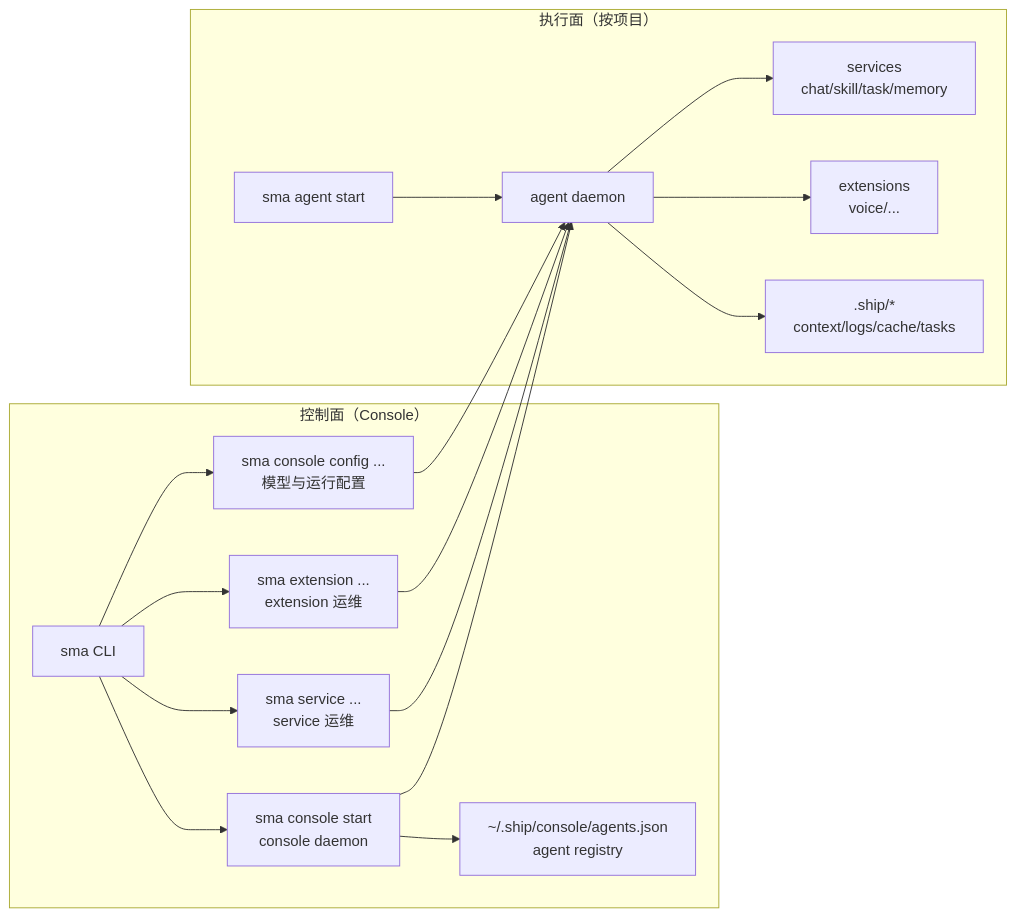
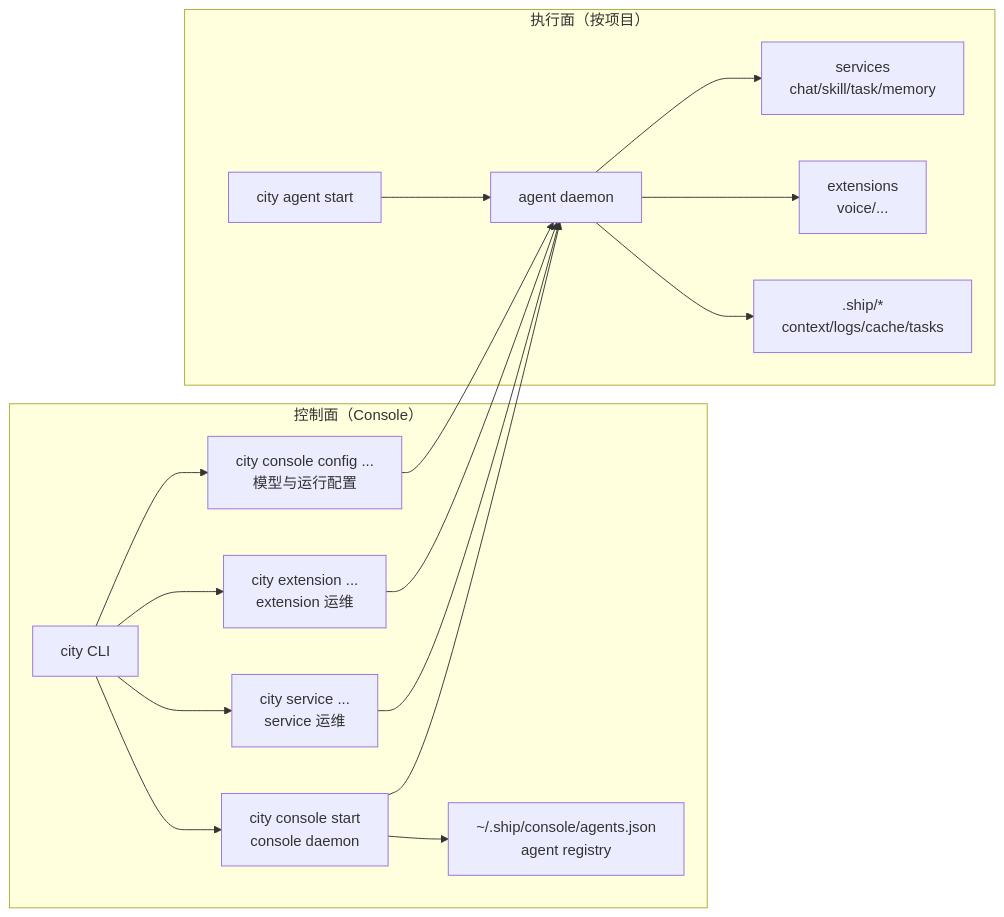
The first of 2 diagrams in homepage/content/docs/zh/concepts/logic-map.mdx (wangenius/downcity), drawn with Mermaid before and after one commit. The commit also changed other lines of this file and 293 other files, not shown here.

````diff
--- a/homepage/content/docs/zh/concepts/logic-map.mdx
+++ b/homepage/content/docs/zh/concepts/logic-map.mdx
@@ -22,22 +22,22 @@
 ```mermaid
 flowchart LR
   subgraph CP[控制面（Console）]
-    CLI[sma CLI] --> CONSOLE[sma console start\nconsole daemon]
-    CLI --> CFG[sma console config ...\n模型与运行配置]
-    CLI --> SVCOPS[sma service ...\nservice 运维]
-    CLI --> EXTOPS[sma extension ...\nextension 运维]
+    CLI[city CLI] --> CONSOLE[city console start\nconsole daemon]
+    CLI --> CFG[city console config ...\n模型与运行配置]
+    CLI --> SVCOPS[city service ...\nservice 运维]
+    CLI --> EXTOPS[city extension ...\nextension 运维]
     CONSOLE --> REG[~/.ship/console/agents.json\nagent registry]
   end
 
   subgraph DP[执行面（按项目）]
-    AGENTCMD[sma agent start] --> AGENTD[agent daemon]
+    AGENTCMD[city agent start] --> AGENTD[agent daemon]
     AGENTD --> SERVICES[services\nchat/skill/task/memory]
     AGENTD --> EXTS[extensions\nvoice/...]
     AGENTD --> SHIP[.ship/*\ncontext/logs/cache/tasks]
   end
 
   CONSOLE --> AGENTD
   SVCOPS --> AGENTD
   EXTOPS --> AGENTD
   CFG --> AGENTD
 ```
````
